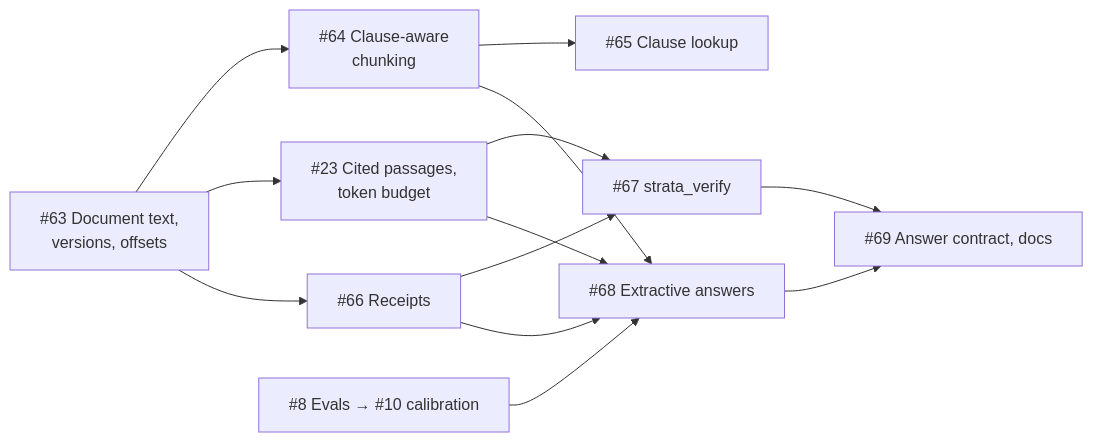
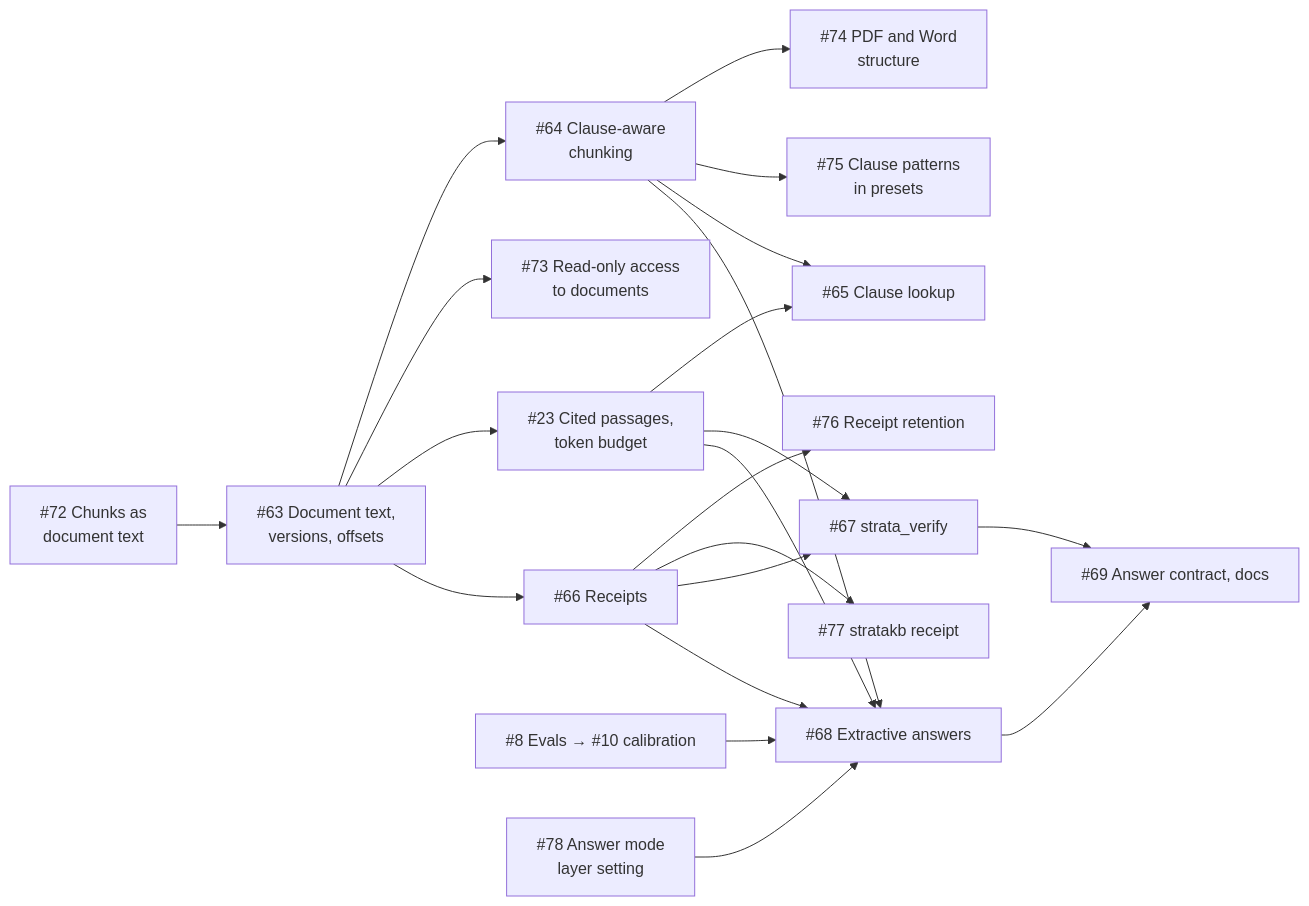
The third of 3 diagrams in docs/IMPROVEMENTS.md (boudou/StrataKB), drawn with Mermaid before and after one commit. The commit also changed other lines of this file and 71 other files, not shown here.

First line of the commit message:
Five-minute start: stratakb add, config.env, local-only mode, safer SQL tools (#106)

````diff
--- a/docs/IMPROVEMENTS.md
+++ b/docs/IMPROVEMENTS.md
@@ -56,15 +56,23 @@
 ```mermaid
 flowchart LR
-    d["#63 Document text,<br/>versions, offsets"] --> c["#64 Clause-aware<br/>chunking"]
+    p["#72 Chunks as<br/>document text"] --> d["#63 Document text,<br/>versions, offsets"]
+    d --> c["#64 Clause-aware<br/>chunking"]
+    d --> ro["#73 Read-only access<br/>to documents"]
+    c --> ps["#74 PDF and Word<br/>structure"]
+    c --> cp["#75 Clause patterns<br/>in presets"]
     c --> l["#65 Clause lookup"]
     d --> r["#23 Cited passages,<br/>token budget"]
     d --> rc["#66 Receipts"]
+    r --> l
+    rc --> ret["#76 Receipt retention"]
+    rc --> cli["#77 stratakb receipt"]
     r --> v["#67 strata_verify"]
     rc --> v
     e["#8 Evals → #10 calibration"] --> x["#68 Extractive answers"]
     r --> x
     rc --> x
     c --> x
+    am["#78 Answer mode<br/>layer setting"] --> x
     v --> k["#69 Answer contract, docs"]
     x --> k
 ```
````
